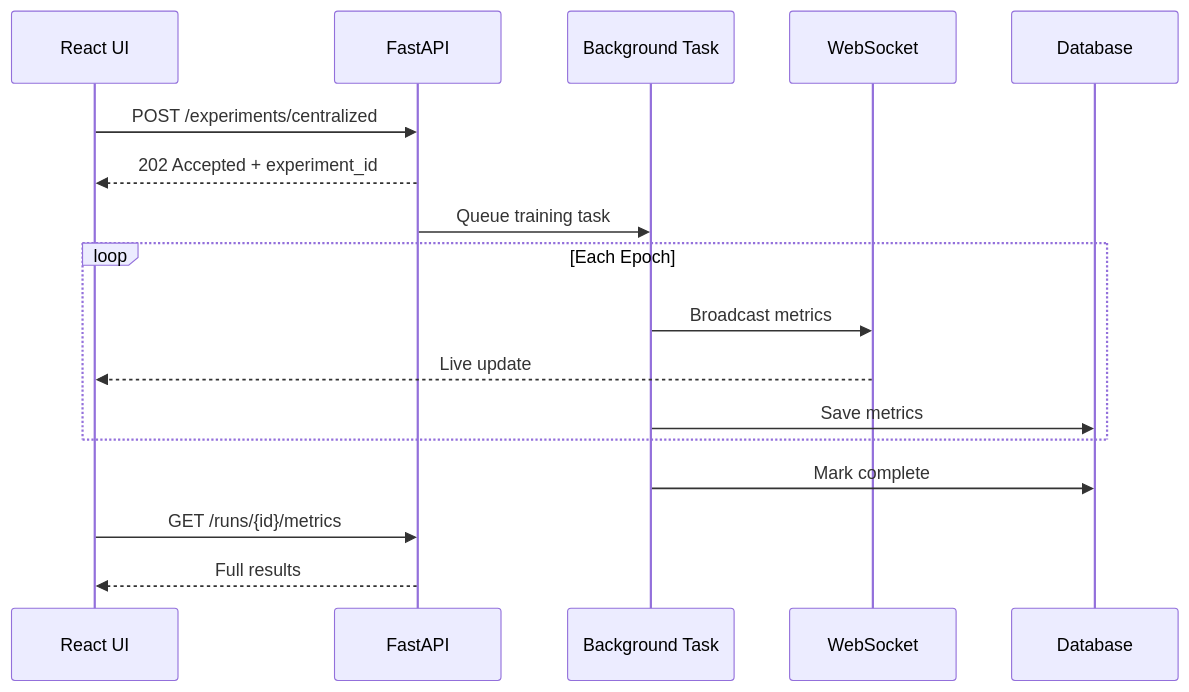
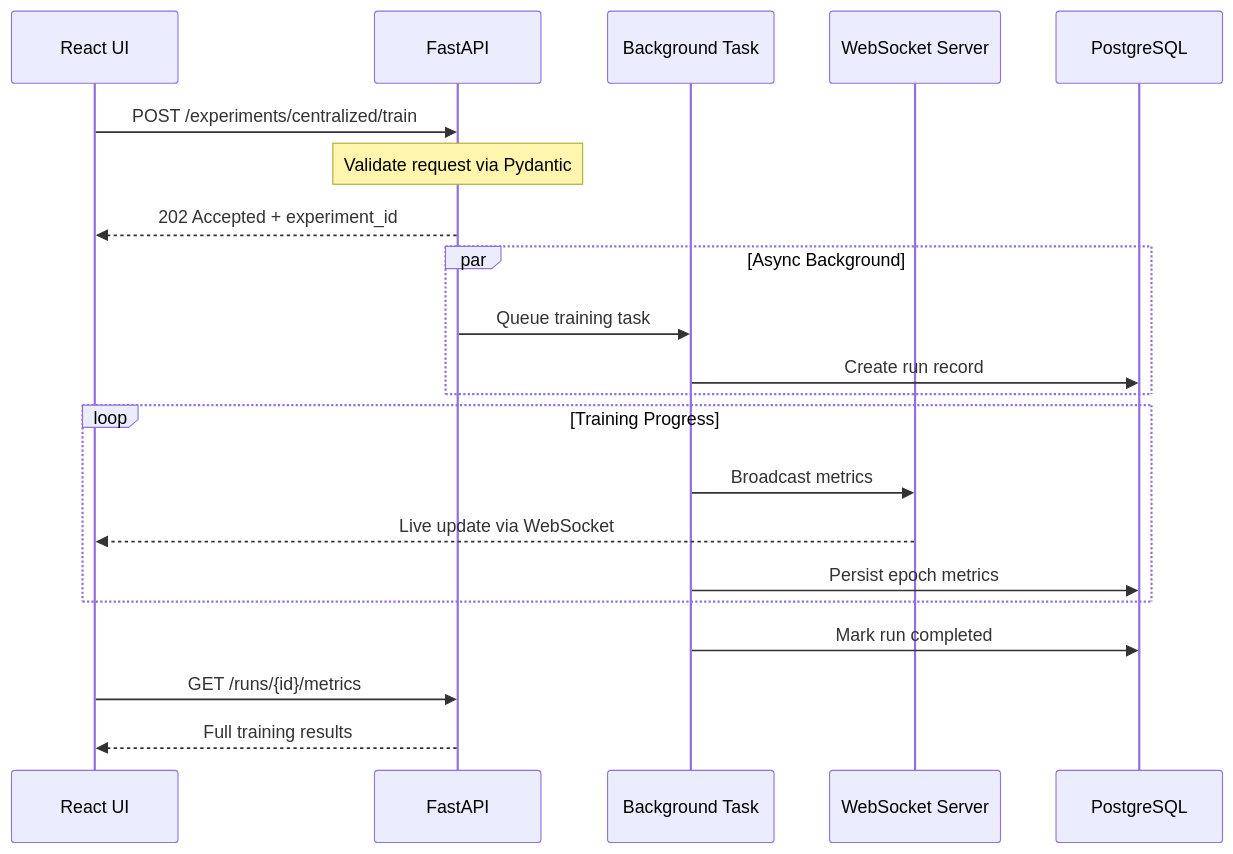
The third of 6 diagrams in federated_pneumonia_detection/src/api/README.md (h19overflow/federated_learning), drawn with Mermaid before and after one commit. The commit also changed other lines of this file and 8 other files, not shown here.

````diff
--- a/federated_pneumonia_detection/src/api/README.md
+++ b/federated_pneumonia_detection/src/api/README.md
@@ -90,22 +133,27 @@
 ```mermaid
 sequenceDiagram
     participant UI as React UI
     participant API as FastAPI
     participant BG as Background Task
-    participant WS as WebSocket
-    participant DB as Database
+    participant WS as WebSocket Server
+    participant DB as PostgreSQL
 
-    UI->>API: POST /experiments/centralized
+    UI->>API: POST /experiments/centralized/train
+    Note over API: Validate request via Pydantic
     API-->>UI: 202 Accepted + experiment_id
-    API->>BG: Queue training task
-
-    loop Each Epoch
+    
+    par Async Background
+        API->>BG: Queue training task
+        BG->>DB: Create run record
+    end
+    
+    loop Training Progress
         BG->>WS: Broadcast metrics
-        WS-->>UI: Live update
-        BG->>DB: Save metrics
+        WS-->>UI: Live update via WebSocket
+        BG->>DB: Persist epoch metrics
     end
 
-    BG->>DB: Mark complete
+    BG->>DB: Mark run completed
     UI->>API: GET /runs/{id}/metrics
-    API-->>UI: Full results
+    API-->>UI: Full training results
 ```
````
